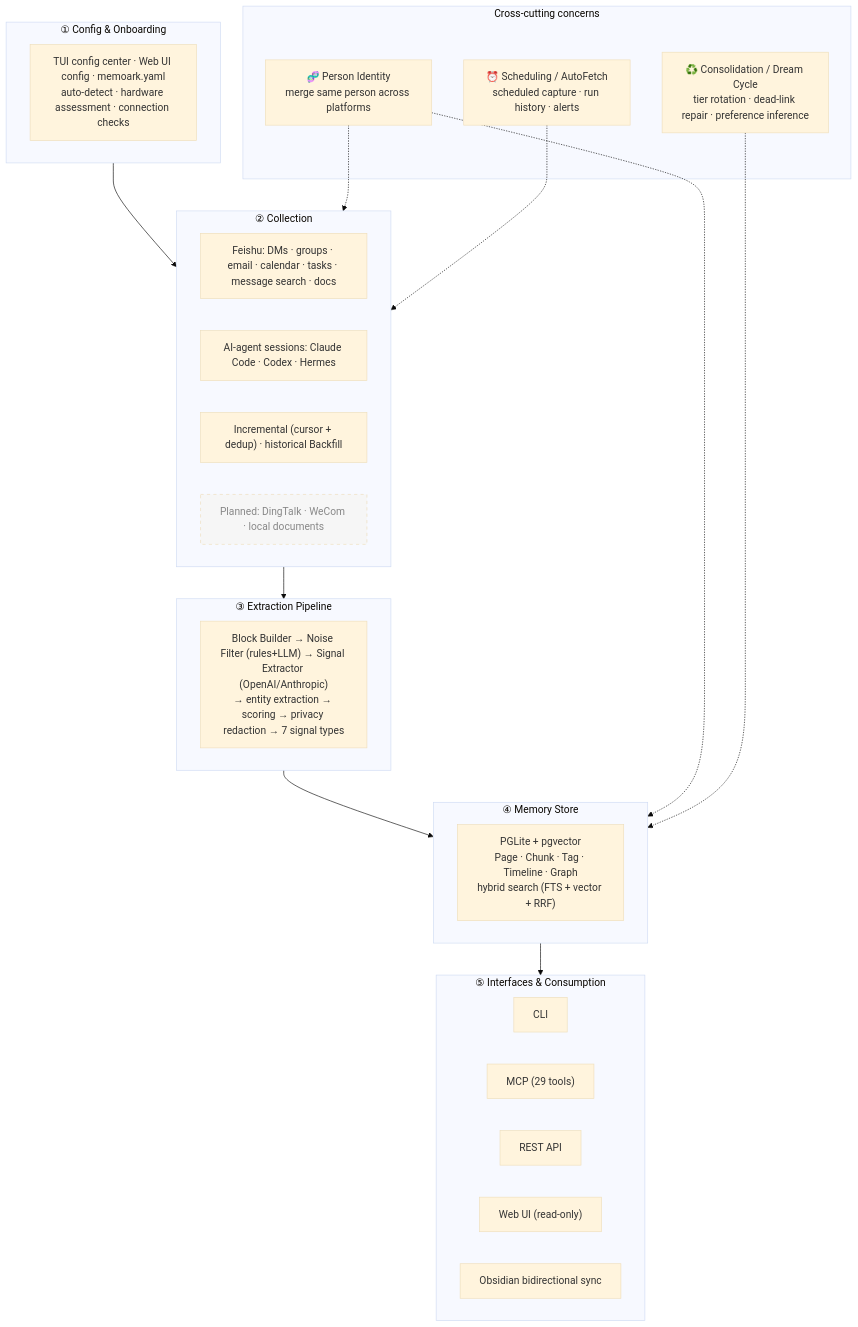
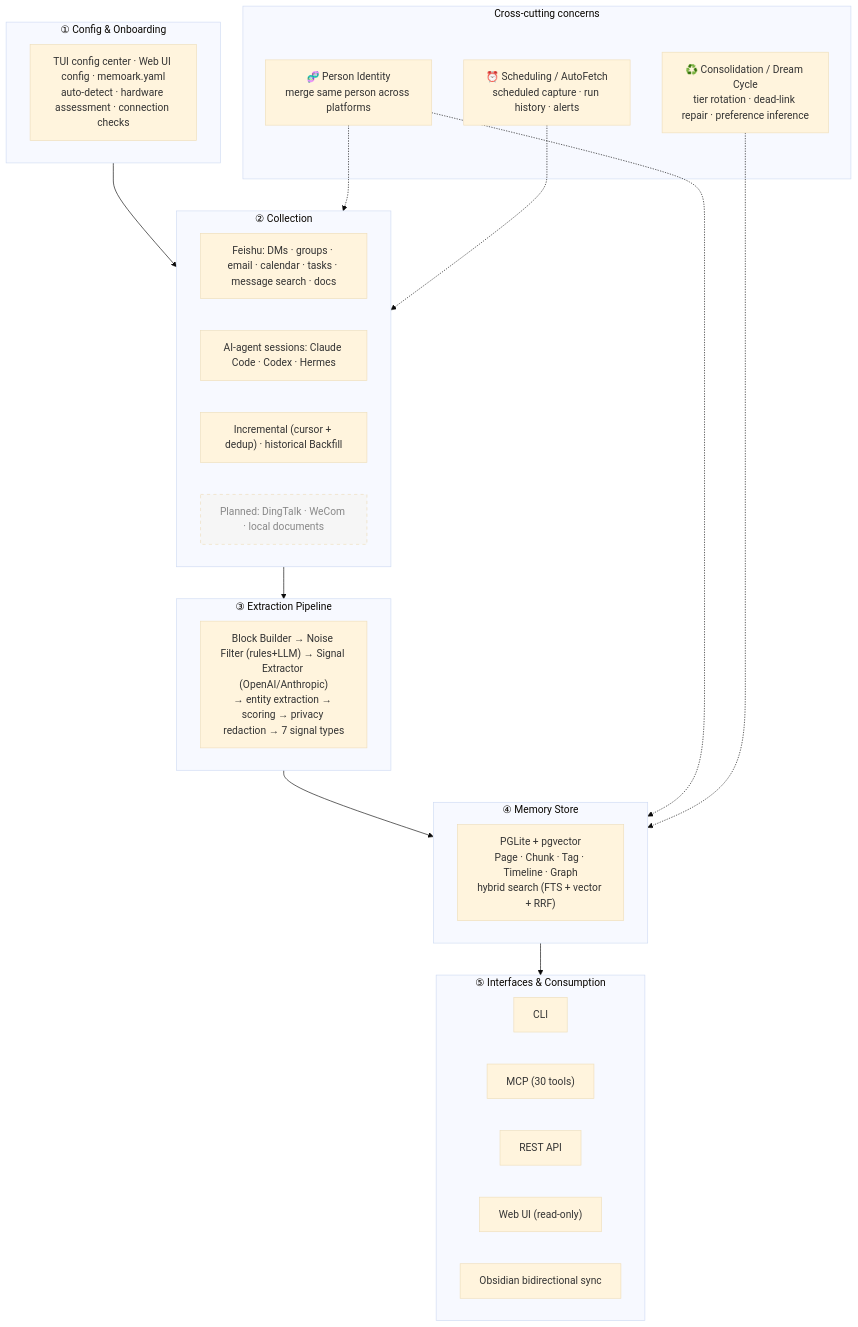
One commit to AndreLYL/memkin changed the diagram in README.en.md. Above: the diagram before and after it, drawn with Mermaid (base theme). The commit also changed other lines of this file and 1 other file, not shown here.

First line of the commit message:
docs(readme): add daily_report + doc action_items to tools/roadmap

````diff
--- a/README.en.md
+++ b/README.en.md
@@ -404,40 +404,40 @@
 ```mermaid
 flowchart TB
   subgraph L1["① Config & Onboarding"]
     cfg["TUI config center · Web UI config · memoark.yaml<br/>auto-detect · hardware assessment · connection checks"]
   end
   subgraph L2["② Collection"]
     feishu["Feishu: DMs · groups · email · calendar · tasks · message search · docs"]
     agent["AI-agent sessions: Claude Code · Codex · Hermes"]
     inc["Incremental (cursor + dedup) · historical Backfill"]
     planned1["Planned: DingTalk · WeCom · local documents"]:::planned
   end
   subgraph L3["③ Extraction Pipeline"]
     pipe["Block Builder → Noise Filter (rules+LLM) → Signal Extractor (OpenAI/Anthropic)<br/>→ entity extraction → scoring → privacy redaction → 7 signal types"]
   end
   subgraph L4["④ Memory Store"]
     store["PGLite + pgvector<br/>Page · Chunk · Tag · Timeline · Graph<br/>hybrid search (FTS + vector + RRF)"]
   end
   subgraph L5["⑤ Interfaces & Consumption"]
     cli["CLI"]
-    mcp["MCP (29 tools)"]
+    mcp["MCP (30 tools)"]
     rest["REST API"]
     web["Web UI (read-only)"]
     obs["Obsidian bidirectional sync"]
   end
 
   L1 --> L2 --> L3 --> L4 --> L5
 
   subgraph X["Cross-cutting concerns"]
     id["🧬 Person Identity<br/>merge same person across platforms"]
     cons["♻️ Consolidation / Dream Cycle<br/>tier rotation · dead-link repair · preference inference"]
     sched["⏰ Scheduling / AutoFetch<br/>scheduled capture · run history · alerts"]
   end
 
   id -.-> L2
   id -.-> L4
   cons -.-> L4
   sched -.-> L2
 
   classDef planned stroke-dasharray: 5 5,fill:#f6f6f6,color:#888;
 ```
````
